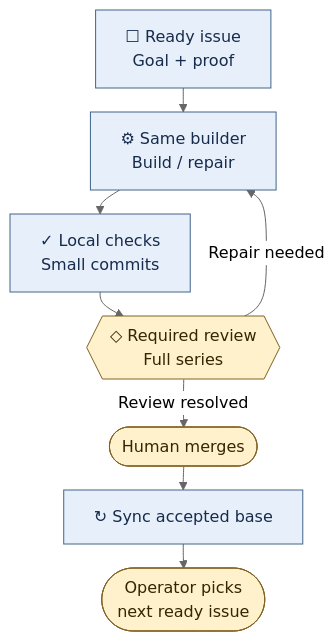
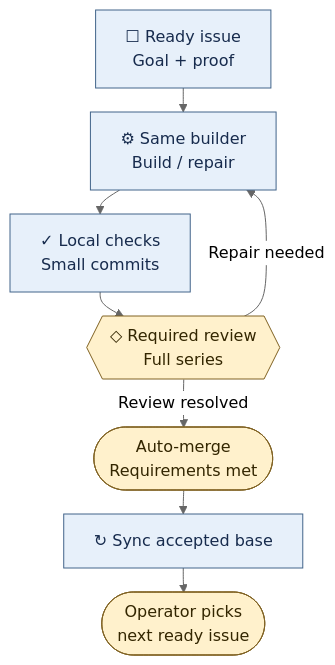
The first of 3 diagrams in docs/opl-at-a-glance.md (OnePersonLabs/onepersonlabs-plugin), drawn with Mermaid (neutral theme) before and after one commit. The commit also changed other lines of this file and 2 other files, not shown here.

````diff
--- a/docs/opl-at-a-glance.md
+++ b/docs/opl-at-a-glance.md
@@ -26,22 +28,22 @@
 ```mermaid
 ---
 config:
   flowchart:
     rankSpacing: 24
     nodeSpacing: 16
 ---
 flowchart TB
     accTitle: One issue, one responsible builder
-    accDescr: In the PR lane, select an authorized ready issue. Its builder implements, checks and commits. The project's selected review can return work to that builder for repair and renewed checks. Once required review is resolved, a human normally merges. Synchronize the accepted base before the operator chooses the next eligible issue.
+    accDescr: In the opt-in PR lane, select an authorized ready issue. Its builder implements, checks and commits. The project's selected review can return work to that builder for repair and renewed checks. Merge automatically once required checks and reviews pass, unless manual merge is required. Synchronize the accepted base before the operator chooses the next eligible issue.
     I["☐ Ready issue<br/>Goal + proof"] --> B["⚙ Same builder<br/>Build / repair"]
     B --> C["✓ Local checks<br/>Small commits"]
     C --> R{{"◇ Required review<br/>Full series"}}
     R -->|"Repair needed"| B
-    R -->|"Review resolved"| M(["Human merges"])
+    R -->|"Review resolved"| M(["Auto-merge<br/>Requirements met"])
     M --> S["↻ Sync accepted base"]
     S --> N(["Operator picks<br/>next ready issue"])
     classDef work fill:#e7f0fa,stroke:#42648a,color:#172b4d;
     classDef gate fill:#fff1cc,stroke:#806222,color:#332600;
     class I,B,C,S work;
     class R,M,N gate;
 ```
````
